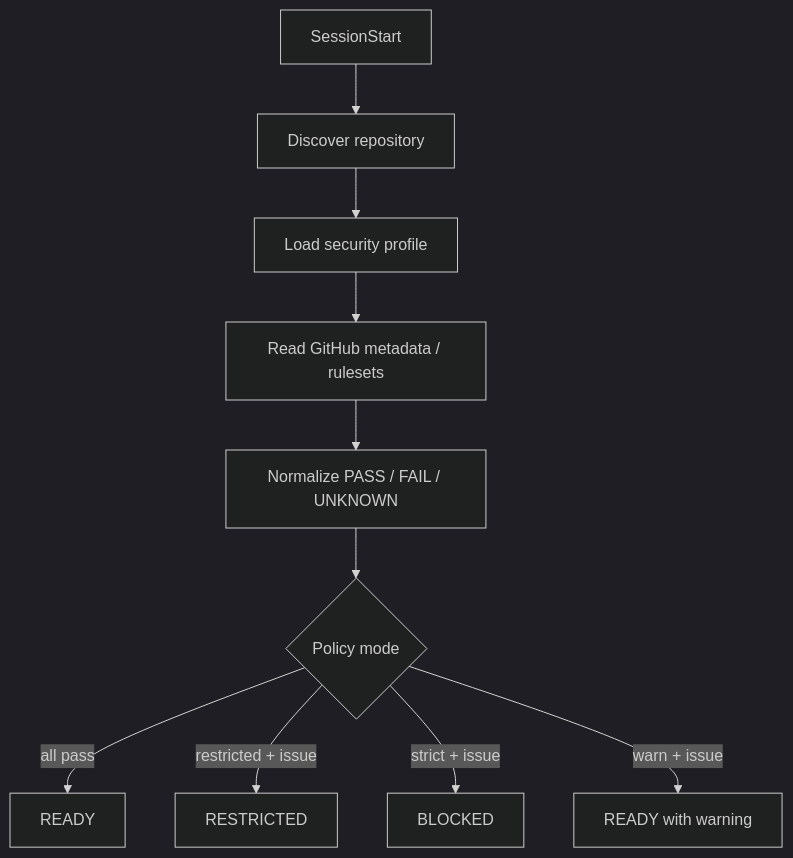
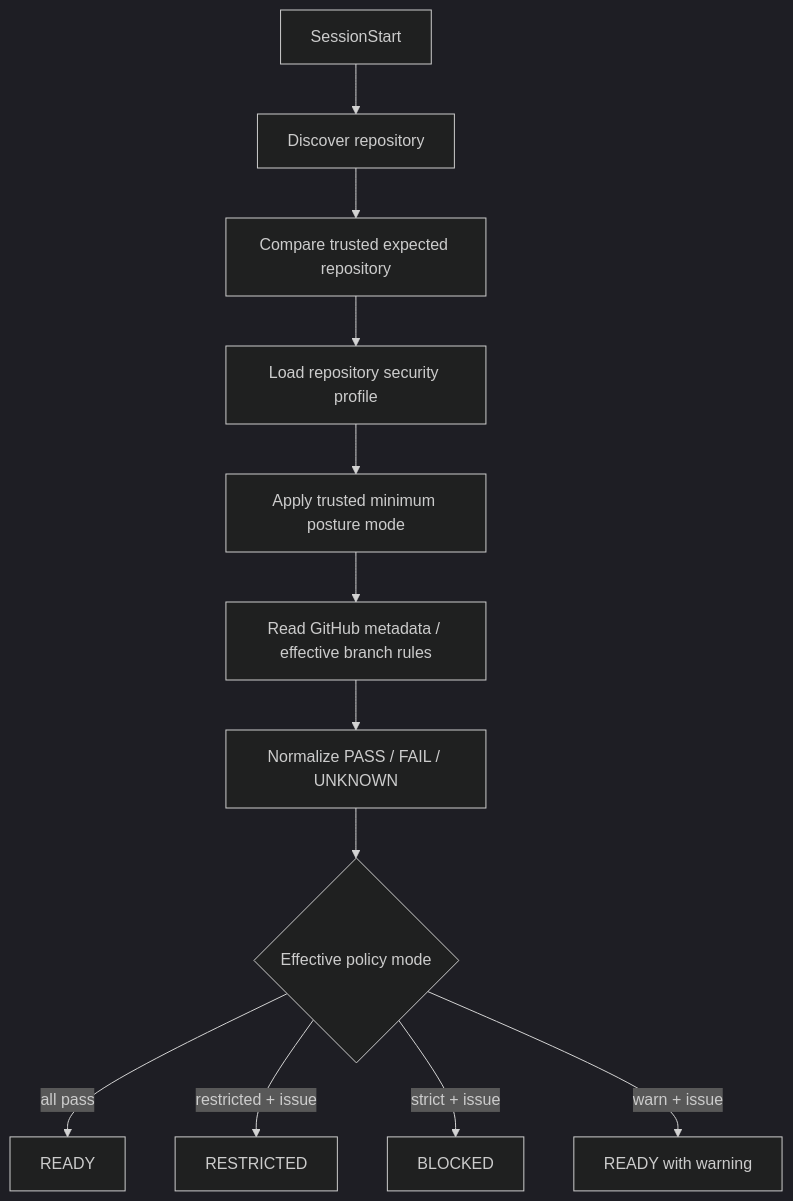
One commit to tomo-chan/agent-harness changed the diagram in docs/decisions/DL-012-sessionstart-repository-posture.md. Above: the diagram before and after it, drawn with Mermaid (dark theme). The commit also changed other lines of this file, not shown here.

Commit message:
docs: strengthen repository posture trust boundary

````diff
--- a/docs/decisions/DL-012-sessionstart-repository-posture.md
+++ b/docs/decisions/DL-012-sessionstart-repository-posture.md
@@ -13,12 +13,14 @@
 ```mermaid
 flowchart TD
     A[SessionStart] --> B[Discover repository]
-    B --> C[Load security profile]
-    C --> D[Read GitHub metadata / rulesets]
+    B --> TI[Compare trusted expected repository]
+    TI --> C[Load repository security profile]
+    C --> M[Apply trusted minimum posture mode]
+    M --> D[Read GitHub metadata / effective branch rules]
     D --> E[Normalize PASS / FAIL / UNKNOWN]
-    E --> F{Policy mode}
+    E --> F{Effective policy mode}
     F -->|all pass| R[READY]
     F -->|restricted + issue| X[RESTRICTED]
     F -->|strict + issue| B2[BLOCKED]
     F -->|warn + issue| W[READY with warning]
 ```
````
